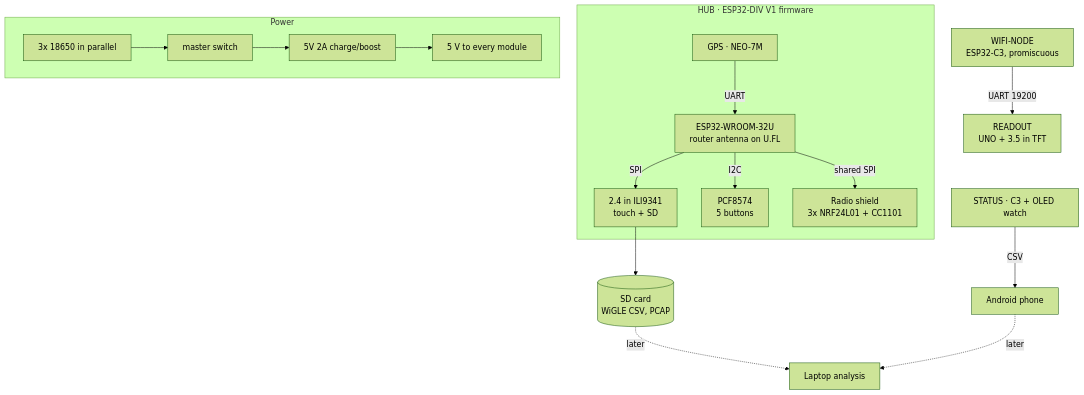
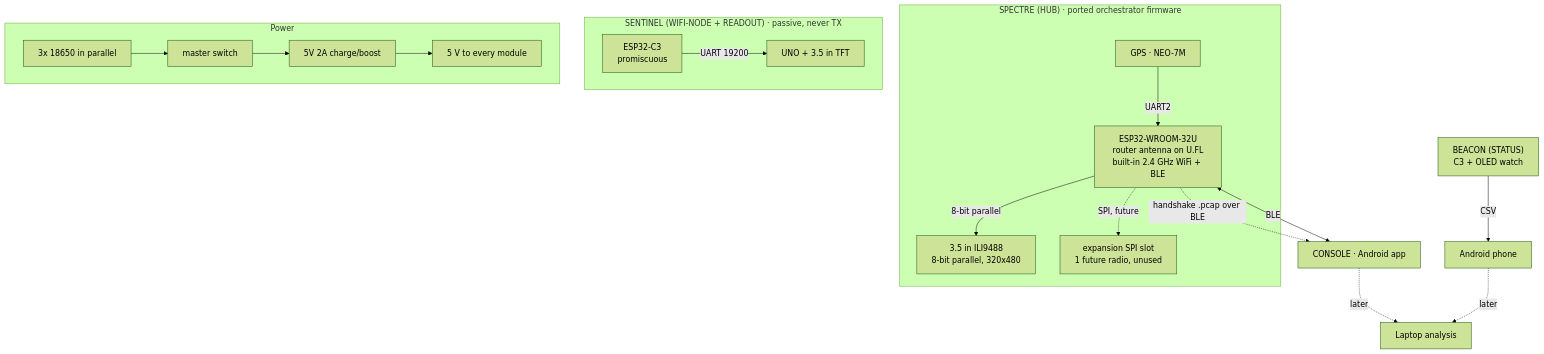
The diagram in README.md (Lincalibur/War-rig-phantom), drawn with Mermaid (forest theme) before and after one commit. The commit also changed other lines of this file and 5 other files, not shown here.

````diff
--- a/README.md
+++ b/README.md
@@ -39,24 +40,25 @@
 ```mermaid
 flowchart TD
-    subgraph HUBG["HUB · ESP32-DIV V1 firmware"]
-      ESP["ESP32-WROOM-32U<br/>router antenna on U.FL"]
-      TFT["2.4 in ILI9341<br/>touch + SD"]
-      PCF["PCF8574<br/>5 buttons"]
+    subgraph SPECTREG["SPECTRE (HUB) · ported orchestrator firmware"]
+      ESP["ESP32-WROOM-32U<br/>router antenna on U.FL<br/>built-in 2.4 GHz WiFi + BLE"]
+      TFT["3.5 in ILI9488<br/>8-bit parallel, 320x480"]
       GPS["GPS · NEO-7M"]
-      RADIO["Radio shield<br/>3x NRF24L01 + CC1101"]
-      ESP -->|SPI| TFT
-      ESP -->|I2C| PCF
-      GPS -->|UART| ESP
-      ESP -->|shared SPI| RADIO
+      EXP["expansion SPI slot<br/>1 future radio, unused"]
+      ESP -->|8-bit parallel| TFT
+      GPS -->|UART2| ESP
+      ESP -.->|SPI, future| EXP
     end
-    WIFI["WIFI-NODE<br/>ESP32-C3, promiscuous"] -->|UART 19200| READOUT["READOUT<br/>UNO + 3.5 in TFT"]
-    STATUS["STATUS · C3 + OLED watch"] -->|CSV| PHONE["Android phone"]
-    TFT --> SD[("SD card<br/>WiGLE CSV, PCAP")]
-    SD -.->|later| LAPTOP["Laptop analysis"]
+    CONSOLE["CONSOLE · Android app"] <-->|BLE| ESP
+    ESP -.->|handshake .pcap over BLE| CONSOLE
+    subgraph SENTG["SENTINEL (WIFI-NODE + READOUT) · passive, never TX"]
+      WIFI["ESP32-C3<br/>promiscuous"] -->|UART 19200| READOUT["UNO + 3.5 in TFT"]
+    end
+    BEACON["BEACON (STATUS)<br/>C3 + OLED watch"] -->|CSV| PHONE["Android phone"]
+    CONSOLE -.->|later| LAPTOP["Laptop analysis"]
     PHONE -.->|later| LAPTOP
 
     subgraph POWER["Power"]
       direction LR
       BAT["3x 18650 in parallel"] --> MSW["master switch"] --> BOOST["5V 2A charge/boost"] --> RAIL["5 V to every module"]
     end
 ```
````
